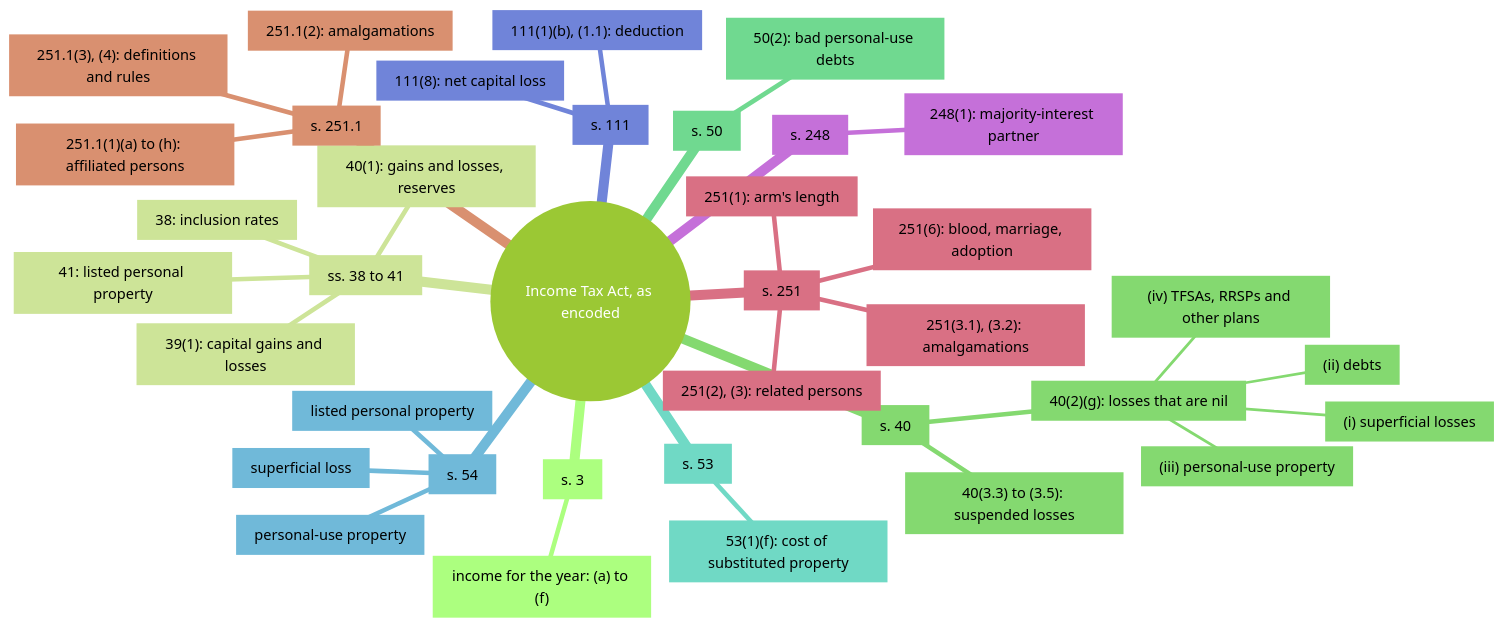
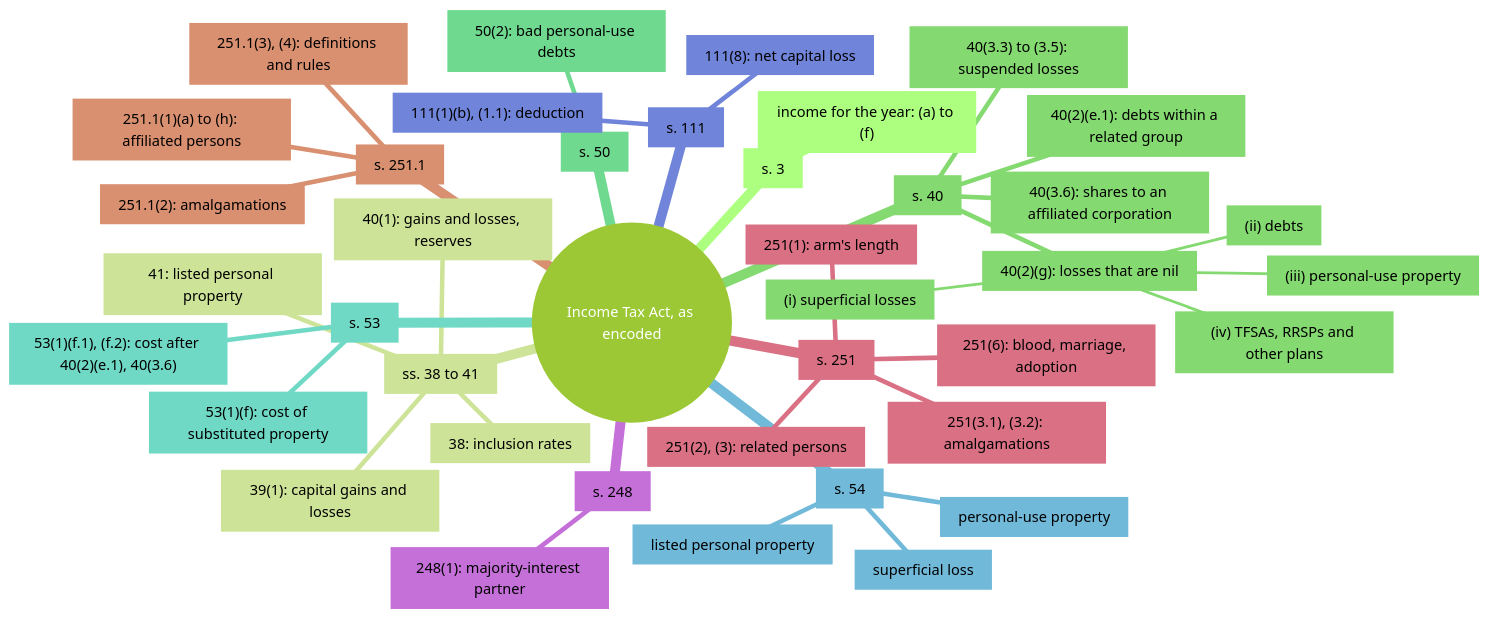
Before and after one commit to SeanWMurray/Canteen: the fourth of 4 diagrams in docs/graphs/dashboard.md, drawn with Mermaid (forest theme). The commit also changed other lines of this file and 20 other files, not shown here.

````diff
--- a/docs/graphs/dashboard.md
+++ b/docs/graphs/dashboard.md
@@ -66,40 +66,43 @@
 ```mermaid
 mindmap
   root((Income Tax Act, as encoded))
     n0["`s. 3`"]
       n1["`income for the year: (a) to (f)`"]
     n2["`ss. 38 to 41`"]
       n3["`38: inclusion rates`"]
       n4["`39(1): capital gains and losses`"]
       n5["`40(1): gains and losses, reserves`"]
       n6["`41: listed personal property`"]
     n7["`s. 40`"]
       n8["`40(2)(g): losses that are nil`"]
         n9["`(i) superficial losses`"]
         n10["`(ii) debts`"]
         n11["`(iii) personal-use property`"]
         n12["`(iv) TFSAs, RRSPs and other plans`"]
-      n13["`40(3.3) to (3.5): suspended losses`"]
-    n14["`s. 50`"]
-      n15["`50(2): bad personal-use debts`"]
-    n16["`s. 53`"]
-      n17["`53(1)(f): cost of substituted property`"]
-    n18["`s. 54`"]
-      n19["`superficial loss`"]
-      n20["`personal-use property`"]
-      n21["`listed personal property`"]
-    n22["`s. 111`"]
-      n23["`111(8): net capital loss`"]
-      n24["`111(1)(b), (1.1): deduction`"]
-    n25["`s. 248`"]
-      n26["`248(1): majority-interest partner`"]
-    n27["`s. 251`"]
-      n28["`251(1): arm's length`"]
-      n29["`251(2), (3): related persons`"]
-      n30["`251(3.1), (3.2): amalgamations`"]
-      n31["`251(6): blood, marriage, adoption`"]
-    n32["`s. 251.1`"]
-      n33["`251.1(1)(a) to (h): affiliated persons`"]
-      n34["`251.1(2): amalgamations`"]
-      n35["`251.1(3), (4): definitions and rules`"]
+      n13["`40(2)(e.1): debts within a related group`"]
+      n14["`40(3.3) to (3.5): suspended losses`"]
+      n15["`40(3.6): shares to an affiliated corporation`"]
+    n16["`s. 50`"]
+      n17["`50(2): bad personal-use debts`"]
+    n18["`s. 53`"]
+      n19["`53(1)(f): cost of substituted property`"]
+      n20["`53(1)(f.1), (f.2): cost after 40(2)(e.1), 40(3.6)`"]
+    n21["`s. 54`"]
+      n22["`superficial loss`"]
+      n23["`personal-use property`"]
+      n24["`listed personal property`"]
+    n25["`s. 111`"]
+      n26["`111(8): net capital loss`"]
+      n27["`111(1)(b), (1.1): deduction`"]
+    n28["`s. 248`"]
+      n29["`248(1): majority-interest partner`"]
+    n30["`s. 251`"]
+      n31["`251(1): arm's length`"]
+      n32["`251(2), (3): related persons`"]
+      n33["`251(3.1), (3.2): amalgamations`"]
+      n34["`251(6): blood, marriage, adoption`"]
+    n35["`s. 251.1`"]
+      n36["`251.1(1)(a) to (h): affiliated persons`"]
+      n37["`251.1(2): amalgamations`"]
+      n38["`251.1(3), (4): definitions and rules`"]
 ```
````
